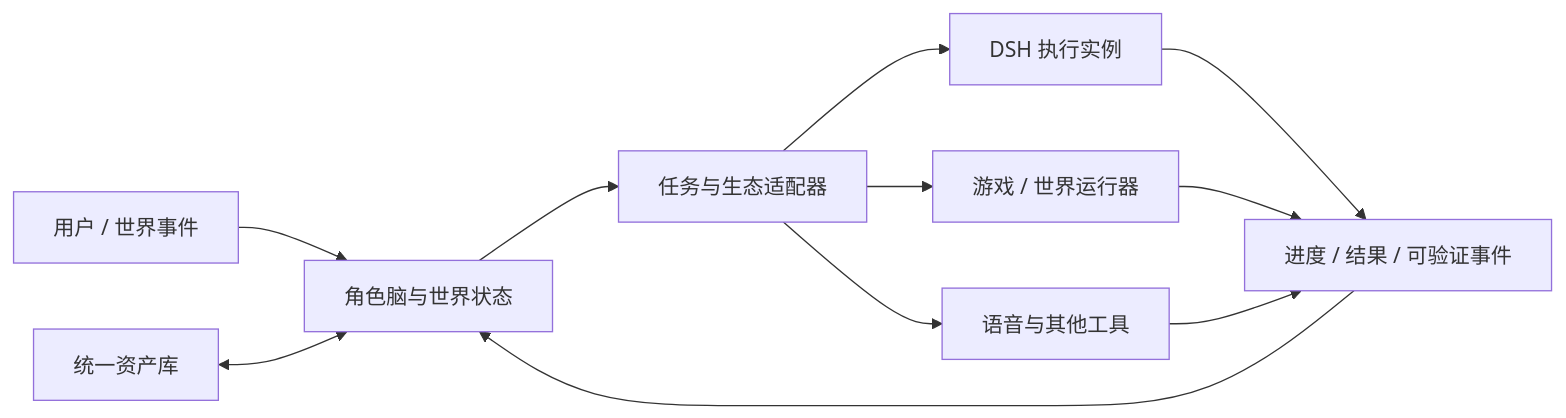
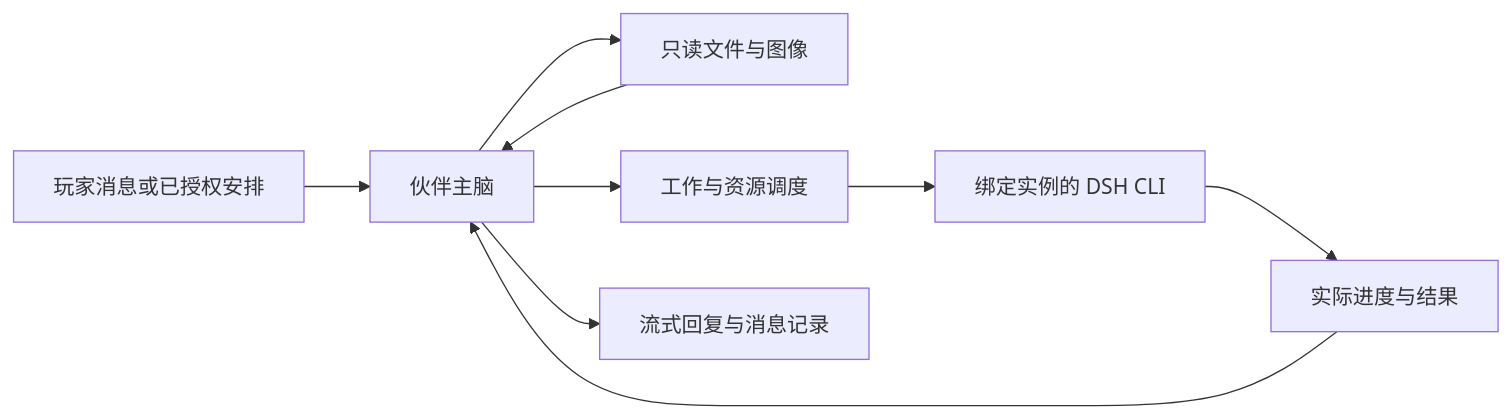
The diagram in README.md (whoiswennie/WorldlineBox), drawn with Mermaid before and after one commit. The commit also changed other lines of this file, not shown here.

````diff
--- a/README.md
+++ b/README.md
@@ -45,13 +150,11 @@
 ```mermaid
 flowchart LR
-  U[用户 / 世界事件] --> B[角色脑与世界状态]
-  A[统一资产库] <--> B
-  B --> X[任务与生态适配器]
-  X --> D[DSH 执行实例]
-  X --> W[游戏 / 世界运行器]
-  X --> T[语音与其他工具]
-  D --> R[进度 / 结果 / 可验证事件]
-  W --> R
-  T --> R
+  U[玩家消息或已授权安排] --> B[伙伴主脑]
+  B --> R[只读文件与图像]
   R --> B
+  B --> W[工作与资源调度]
+  W --> D[绑定实例的 DSH CLI]
+  D --> F[实际进度与结果]
+  F --> B
+  B --> C[流式回复与消息记录]
 ```
````
